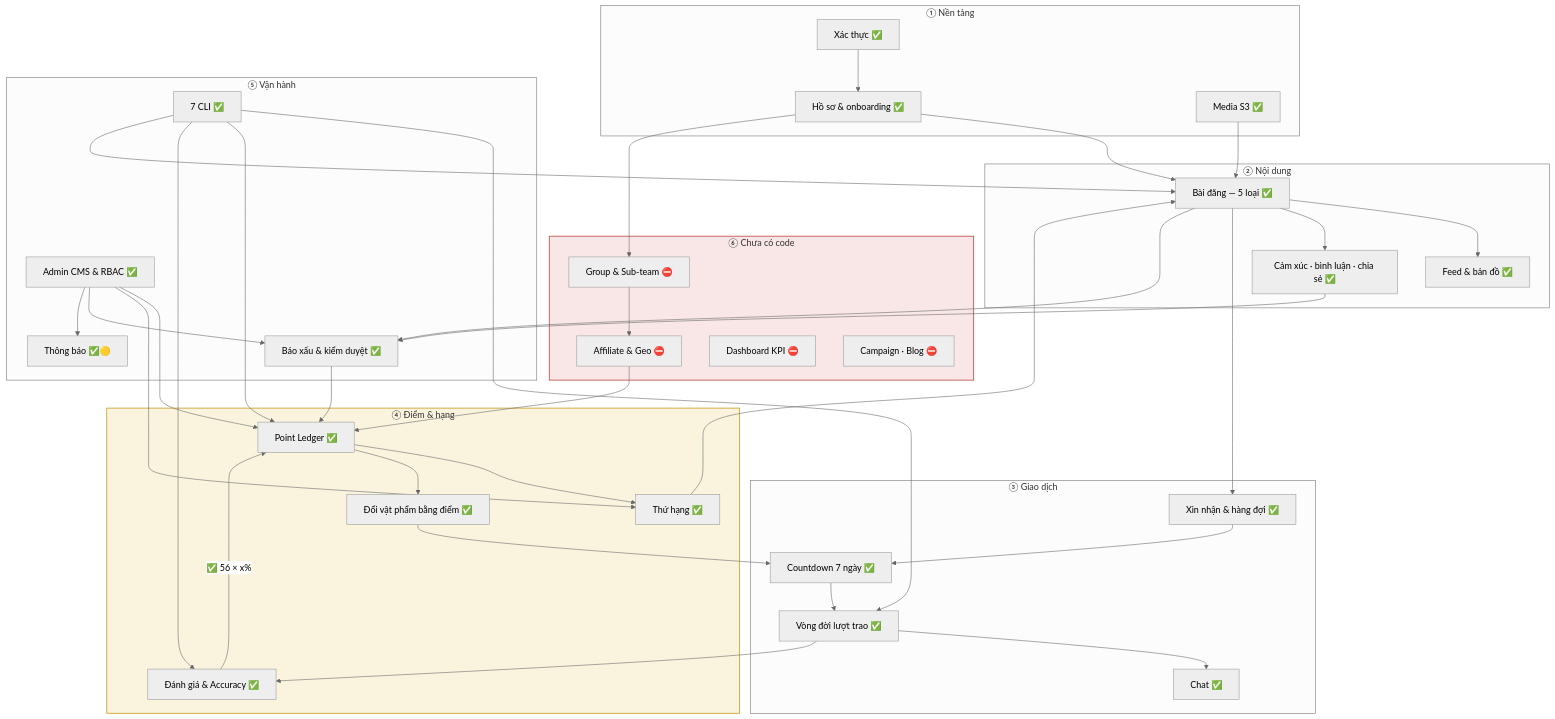
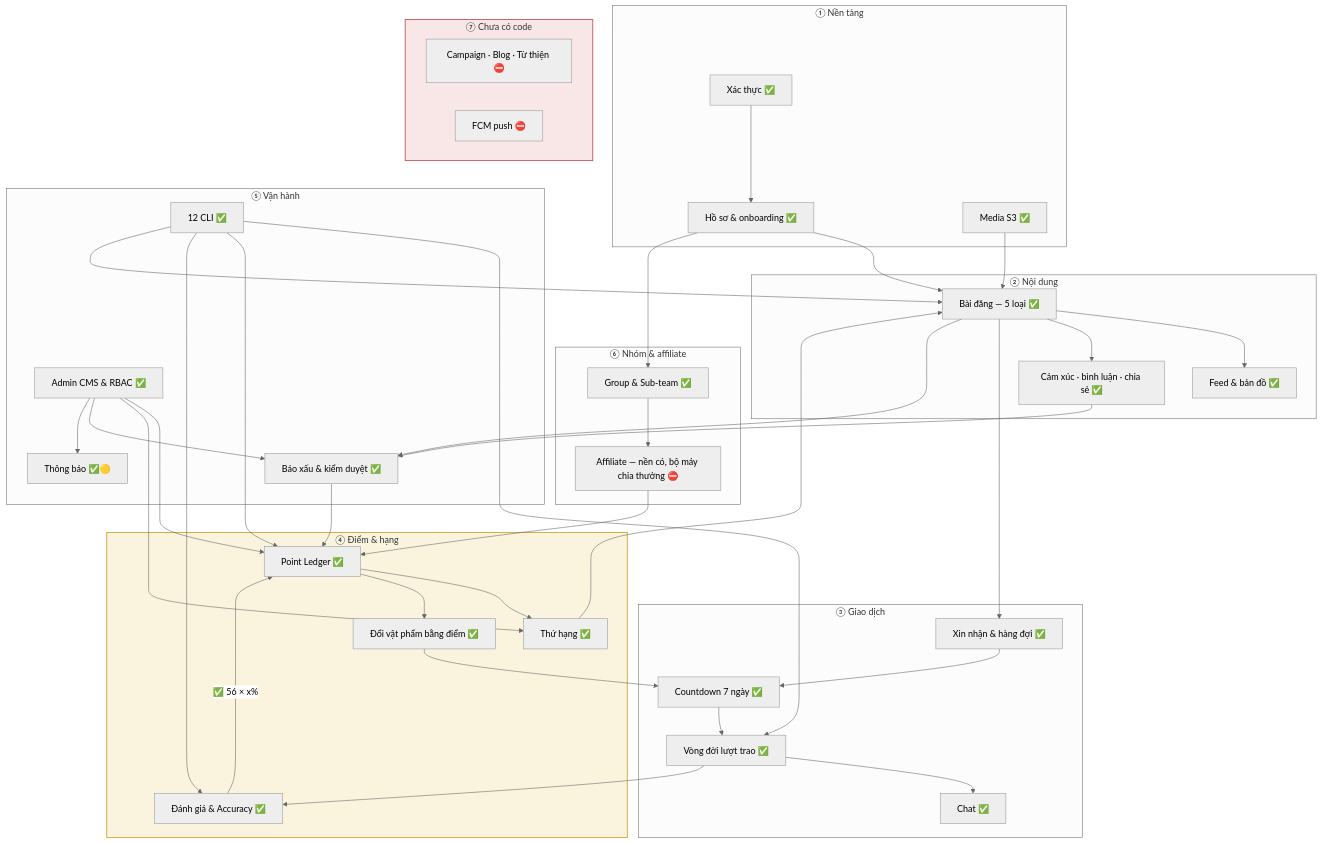
One commit to fdshn/trueheart changed the first of 4 diagrams in docs/diagram/20-overview.md. Above: the diagram before and after it, drawn with Mermaid (neutral theme). The commit also changed other lines of this file and 17 other files, not shown here.

````diff
--- a/docs/diagram/20-overview.md
+++ b/docs/diagram/20-overview.md
@@ -8,71 +12,74 @@
 ```mermaid
 flowchart TB
     subgraph T1["① Nền tảng"]
         AUTH["Xác thực ✅"]
         PROF["Hồ sơ & onboarding ✅"]
         MEDIA["Media S3 ✅"]
     end
 
     subgraph T2["② Nội dung"]
         POST["Bài đăng — 5 loại ✅"]
         FEED["Feed & bản đồ ✅"]
         INT["Cảm xúc · bình luận · chia sẻ ✅"]
     end
 
     subgraph T3["③ Giao dịch"]
         REQ["Xin nhận & hàng đợi ✅"]
         SEL["Countdown 7 ngày ✅"]
         TX["Vòng đời lượt trao ✅"]
         CHAT["Chat ✅"]
     end
 
     subgraph T4["④ Điểm & hạng"]
         PT["Point Ledger ✅"]
         RANK["Thứ hạng ✅"]
         REV["Đánh giá & Accuracy ✅"]
         RED["Đổi vật phẩm bằng điểm ✅"]
     end
 
     subgraph T5["⑤ Vận hành"]
         REP["Báo xấu & kiểm duyệt ✅"]
         ADM["Admin CMS & RBAC ✅"]
-        JOB["7 CLI ✅"]
+        JOB["12 CLI ✅"]
         NOTI["Thông báo ✅🟡"]
     end
 
-    subgraph T6["⑥ Chưa có code"]
-        GRP["Group & Sub-team ⛔"]
-        AFF["Affiliate & Geo ⛔"]
-        KPI["Dashboard KPI ⛔"]
-        CMS["Campaign · Blog ⛔"]
+    subgraph T6["⑥ Nhóm & affiliate"]
+        GRP["Group & Sub-team ✅"]
+        AFF["Affiliate — nền có, bộ máy chia thưởng ⛔"]
+    end
+
+    subgraph T7["⑦ Chưa có code"]
+        CMS["Campaign · Blog · Từ thiện ⛔"]
+        FCM["FCM push ⛔"]
     end
 
     AUTH --> PROF --> POST
     MEDIA --> POST
     POST --> FEED
     POST --> INT
     POST --> REQ --> SEL --> TX
     TX --> CHAT
     TX --> REV
     REV -->|"✅ 56 × x%"| PT
     PT --> RANK
     RANK --> POST
     PT --> RED
     RED --> SEL
     INT --> REP
     POST --> REP
     REP --> PT
     ADM --> PT
     ADM --> RANK
     ADM --> REP
     ADM --> NOTI
     JOB --> TX
     JOB --> PT
     JOB --> REV
     JOB --> POST
     GRP --> AFF --> PT
     PROF --> GRP
 
-    style T6 fill:#d2464621,stroke:#c0504d,stroke-width:1.5px
+    style T7 fill:#d2464621,stroke:#c0504d,stroke-width:1.5px
     style T4 fill:#dcb42826,stroke:#c9a227,stroke-width:1.5px
 ```
````
